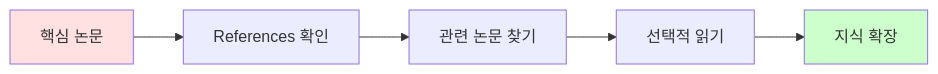
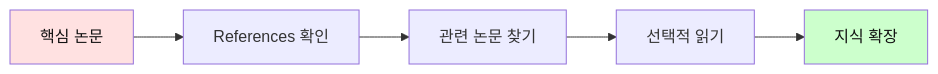
Before and after one commit to Collegenie-X/AI-English: diagram 12 of 12 in 영어_독해/03_논문_독해_패턴.md, drawn with Mermaid. The commit also changed other lines of this file and 26 other files, not shown here.

````diff
--- a/영어_독해/03_논문_독해_패턴.md
+++ b/영어_독해/03_논문_독해_패턴.md
@@ -548,10 +619,10 @@
 ```mermaid
 graph LR
     A[핵심 논문] --> B[References 확인]
     B --> C[관련 논문 찾기]
     C --> D[선택적 읽기]
     D --> E[지식 확장]
     
-    style A fill:#ffe1e1
-    style E fill:#ccffcc
+    style A fill:#ffe1e1,color:#111
+    style E fill:#ccffcc,color:#111
 ```
````
